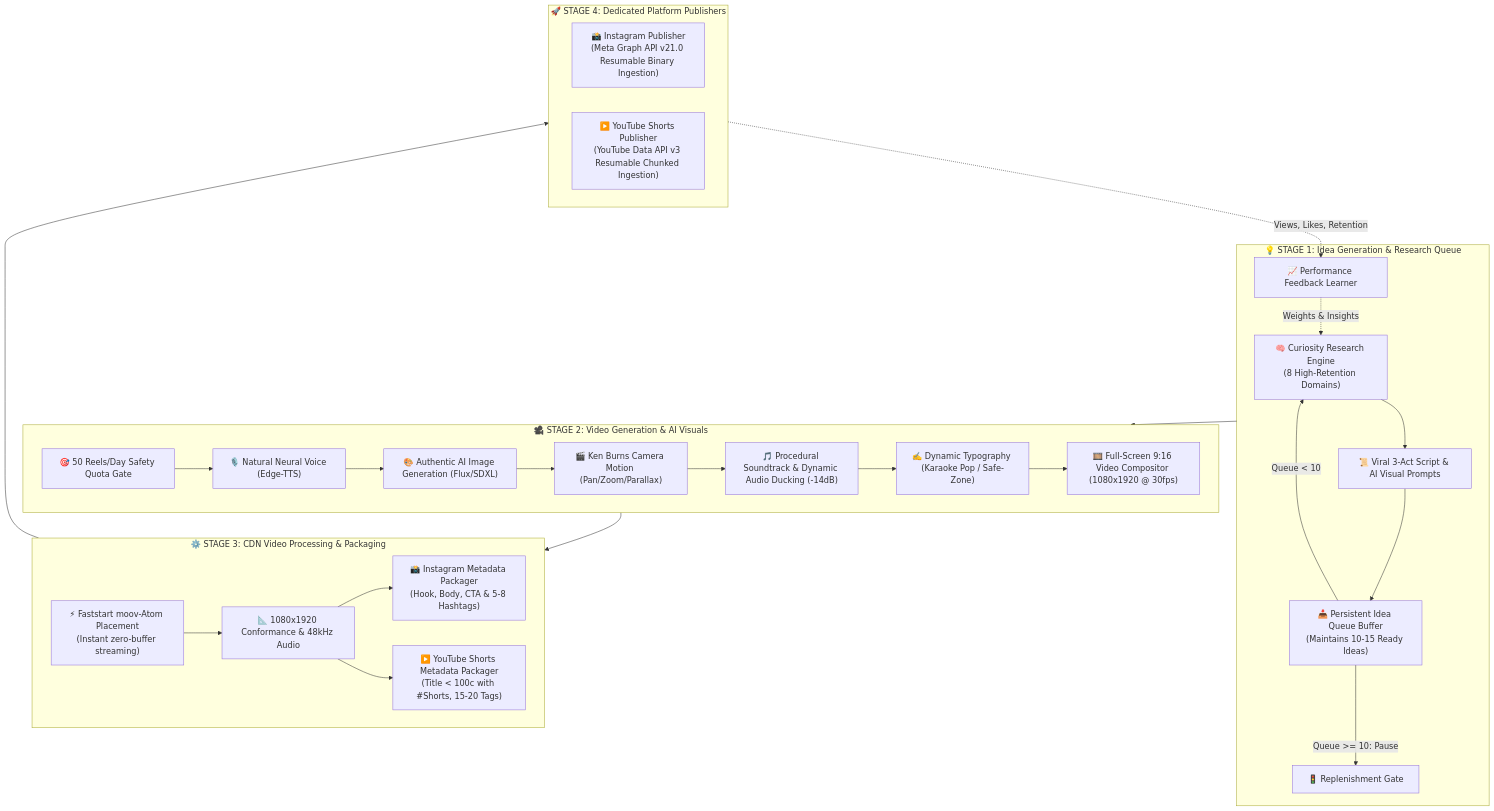
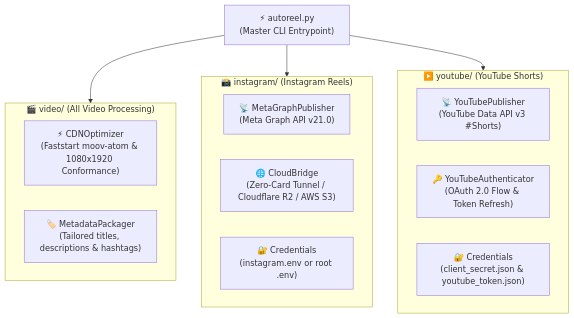
One commit to Suraj-8300/AutomatedReelPublisher changed the diagram in README.md. Above: the diagram before and after it, drawn with Mermaid. The commit also changed other lines of this file and 172 other files, not shown here.

Commit message:
feat: 2-stage Gemini viral reel generation with synchronized entity-bound live B-Roll

````diff
--- a/README.md
+++ b/README.md
@@ -17,35 +16,25 @@
 ```mermaid
 flowchart TD
-    subgraph S1["💡 STAGE 1: Idea Generation & Research Queue"]
-        A1["🧠 Curiosity Research Engine<br/>(8 High-Retention Domains)"] --> A2["📜 Viral 3-Act Script & AI Visual Prompts"]
-        A2 --> A3["📥 Persistent Idea Queue Buffer<br/>(Maintains 10-15 Ready Ideas)"]
-        A3 -->|Queue < 10| A1
-        A3 -->|Queue >= 10: Pause| A4["🚦 Replenishment Gate"]
-        A5["📈 Performance Feedback Learner"] -.->|Weights & Insights| A1
+    CLI["⚡ autoreel.py<br/>(Master CLI Entrypoint)"]
+
+    subgraph V["🎬 video/ (All Video Processing)"]
+        V1["⚡ CDNOptimizer<br/>(Faststart moov-atom & 1080x1920 Conformance)"]
+        V2["🏷️ MetadataPackager<br/>(Tailored titles, descriptions & hashtags)"]
     end
 
-    subgraph S2["🎥 STAGE 2: Video Generation & AI Visuals"]
-        B1["🎯 50 Reels/Day Safety Quota Gate"] --> B2["🎙️ Natural Neural Voice (Edge-TTS)"]
-        B2 --> B3["🎨 Authentic AI Image Generation (Flux/SDXL)"]
-        B3 --> B4["🎬 Ken Burns Camera Motion (Pan/Zoom/Parallax)"]
-        B4 --> B5["🎵 Procedural Soundtrack & Dynamic Audio Ducking (-14dB)"]
-        B5 --> B6["✍️ Dynamic Typography (Karaoke Pop / Safe-Zone)"]
-        B6 --> B7["🎞️ Full-Screen 9:16 Video Compositor (1080x1920 @ 30fps)"]
+    subgraph IG["📸 instagram/ (Instagram Reels)"]
+        IG1["📡 MetaGraphPublisher<br/>(Meta Graph API v21.0)"]
+        IG2["🌐 CloudBridge<br/>(Zero-Card Tunnel / Cloudflare R2 / AWS S3)"]
+        IG3["🔐 Credentials<br/>(instagram.env or root .env)"]
     end
 
-    subgraph S3["⚙️ STAGE 3: CDN Video Processing & Packaging"]
-        C1["⚡ Faststart moov-Atom Placement<br/>(Instant zero-buffer streaming)"] --> C2["📐 1080x1920 Conformance & 48kHz Audio"]
-        C2 --> C3["📸 Instagram Metadata Packager<br/>(Hook, Body, CTA & 5-8 Hashtags)"]
-        C2 --> C4["▶️ YouTube Shorts Metadata Packager<br/>(Title < 100c with #Shorts, 15-20 Tags)"]
+    subgraph YT["▶️ youtube/ (YouTube Shorts)"]
+        YT1["📡 YouTubePublisher<br/>(YouTube Data API v3 #Shorts)"]
+        YT2["🔑 YouTubeAuthenticator<br/>(OAuth 2.0 Flow & Token Refresh)"]
+        YT3["🔐 Credentials<br/>(client_secret.json & youtube_token.json)"]
     end
 
-    subgraph S4["🚀 STAGE 4: Dedicated Platform Publishers"]
-        D1["📸 Instagram Publisher<br/>(Meta Graph API v21.0 Resumable Binary Ingestion)"]
-        D2["▶️ YouTube Shorts Publisher<br/>(YouTube Data API v3 Resumable Chunked Ingestion)"]
-    end
-
-    S1 --> S2
-    S2 --> S3
-    S3 --> S4
-    S4 -.->|Views, Likes, Retention| A5
+    CLI --> V
+    CLI --> IG
+    CLI --> YT
 ```
````
